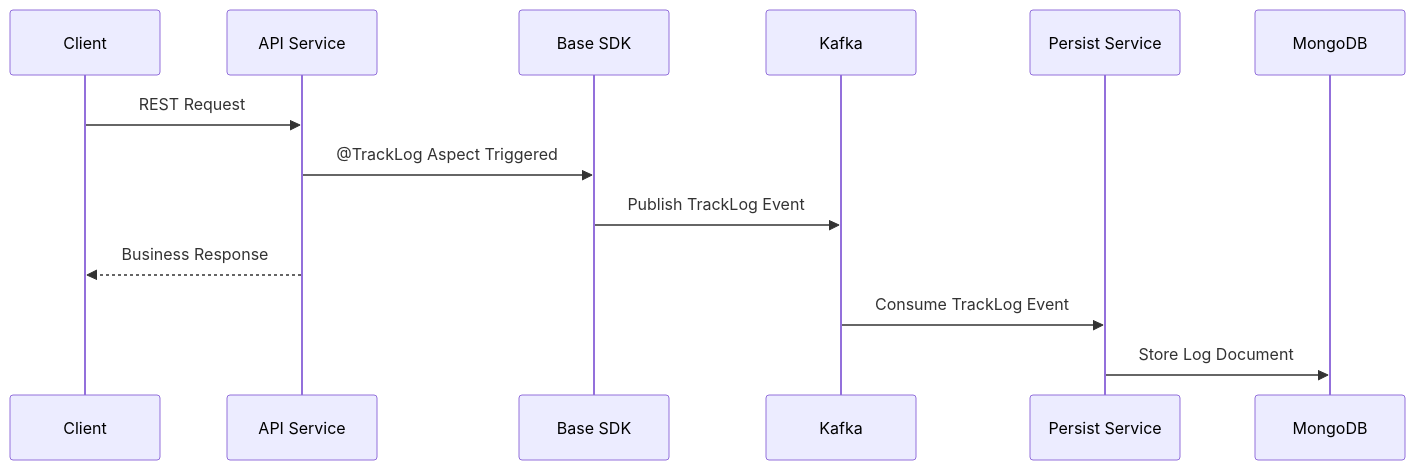
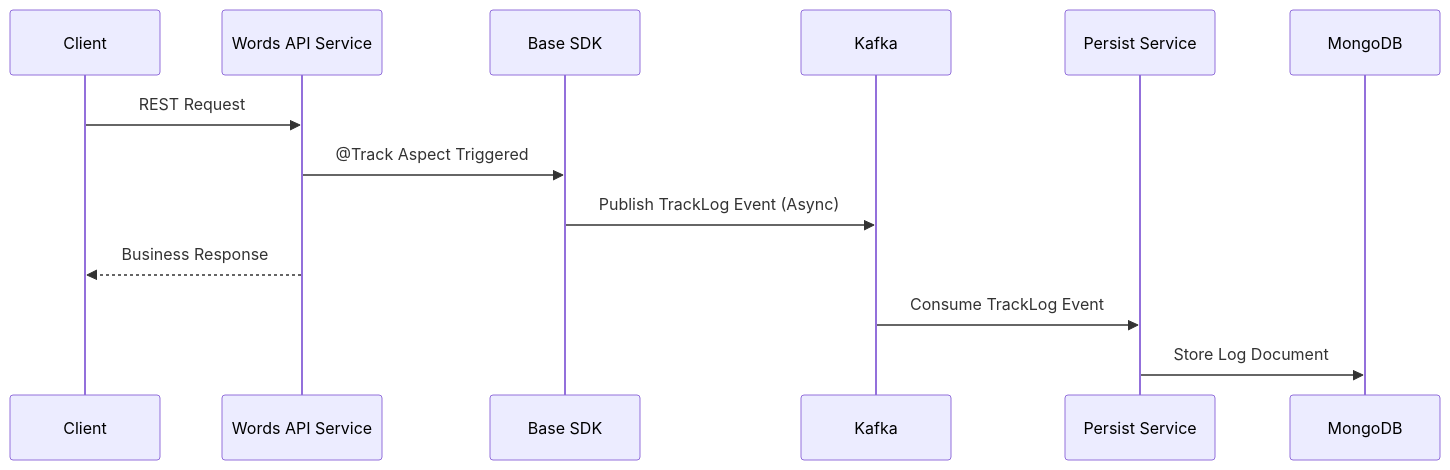
Before and after one commit to garvit69/reverse-words-api: the second of 2 diagrams in README.md, drawn with Mermaid. The commit also changed other lines of this file, not shown here.

````diff
--- a/README.md
+++ b/README.md
@@ -33,17 +89,17 @@
 ```mermaid
 sequenceDiagram
     participant Client
-    participant API Service
+    participant Words API Service
     participant Base SDK
     participant Kafka
     participant Persist Service
     participant MongoDB
 
-    Client->>API Service: REST Request
-    API Service->>Base SDK: @TrackLog Aspect Triggered
-    Base SDK->>Kafka: Publish TrackLog Event
-    API Service-->>Client: Business Response
+    Client->>Words API Service: REST Request
+    Words API Service->>Base SDK: @Track Aspect Triggered
+    Base SDK->>Kafka: Publish TrackLog Event (Async)
+    Words API Service-->>Client: Business Response
 
     Kafka->>Persist Service: Consume TrackLog Event
     Persist Service->>MongoDB: Store Log Document
 ```
````
